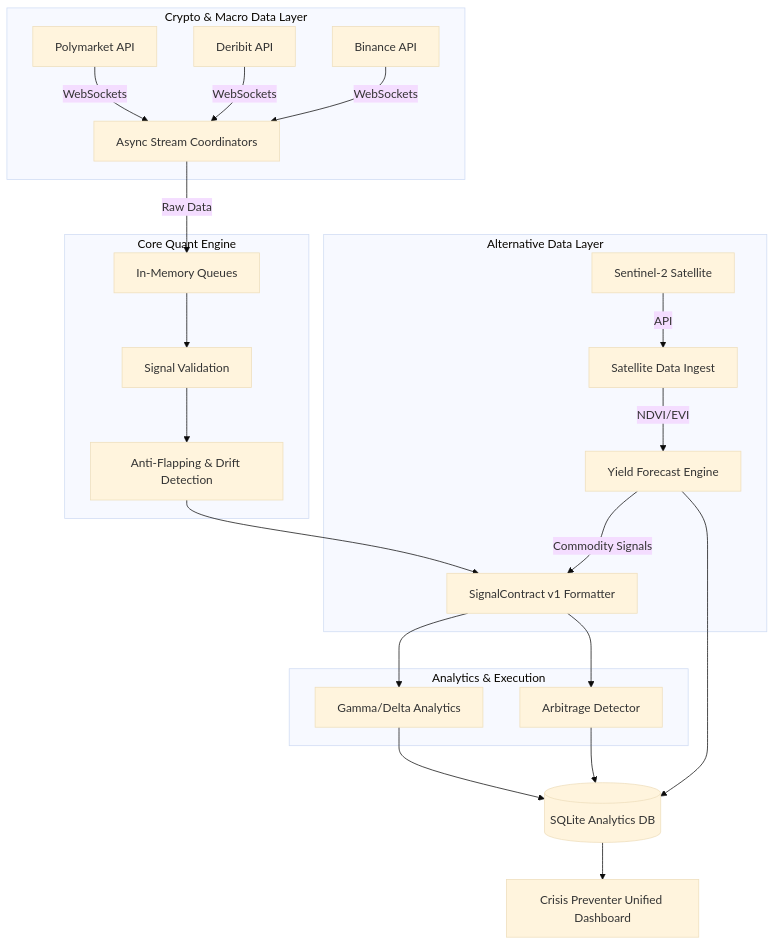
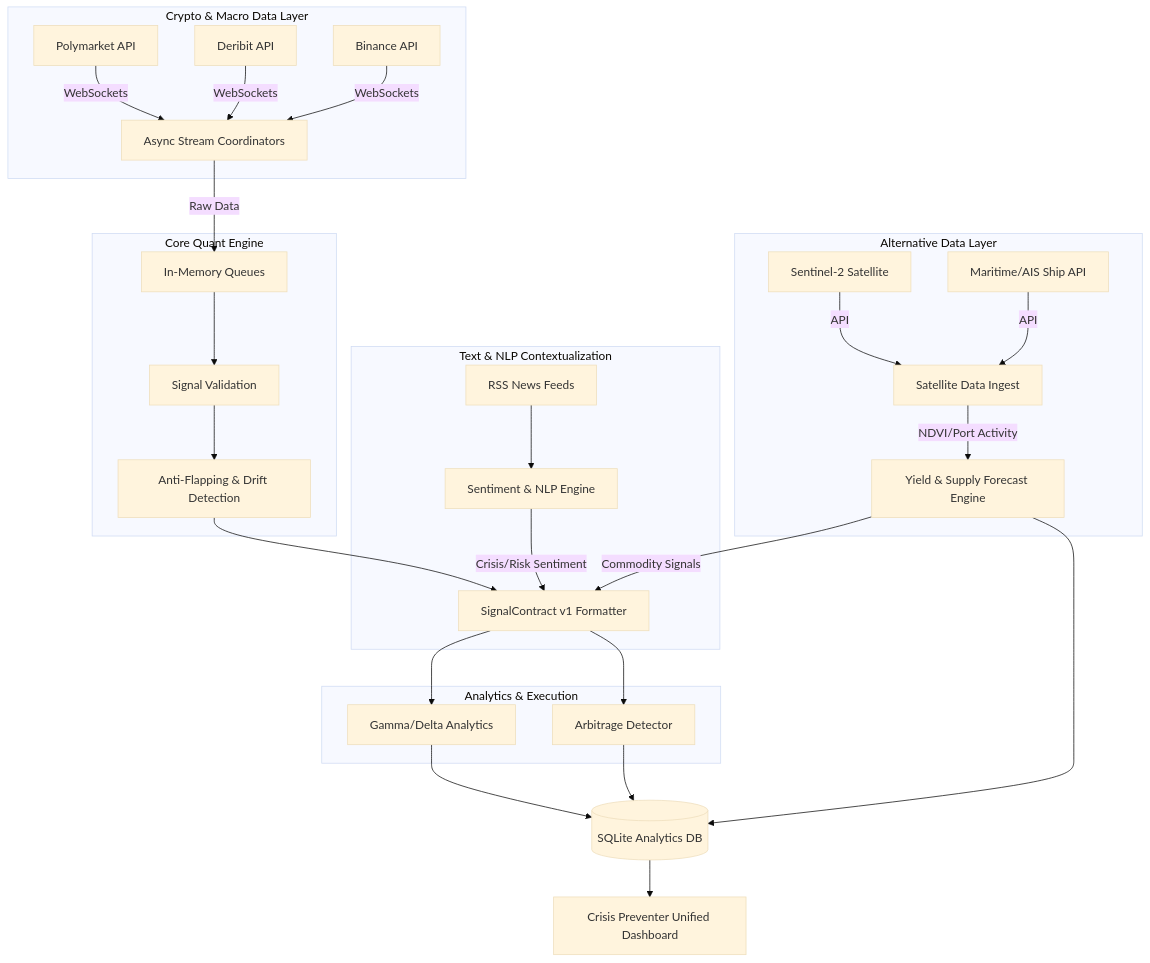
The diagram in README.md (TedeuszNorek/Crisis_Preventer), drawn with Mermaid (base theme) before and after one commit. The commit also changed other lines of this file, not shown here.

Commit message:
docs: add strategic and pitch visual assets

````diff
--- a/README.md
+++ b/README.md
@@ -55,33 +57,39 @@
 ```mermaid
 graph TD
+    subgraph Text & NLP Contextualization
+        RSS[RSS News Feeds] --> NLP[Sentiment & NLP Engine]
+        NLP -->|Crisis/Risk Sentiment| SC
+    end
+
     subgraph Alternative Data Layer
         S2[Sentinel-2 Satellite] -->|API| SI[Satellite Data Ingest]
-        SI -->|NDVI/EVI| YF[Yield Forecast Engine]
+        AIS[Maritime/AIS Ship API] -->|API| SI
+        SI -->|NDVI/Port Activity| YF[Yield & Supply Forecast Engine]
         YF -->|Commodity Signals| SC
     end
 
     subgraph High-Frequency Ingestion [Crypto & Macro Data Layer]
         P[Polymarket API] -->|WebSockets| WS
         D[Deribit API] -->|WebSockets| WS
         B[Binance API] -->|WebSockets| WS
     end
 
     WS[Async Stream Coordinators] -->|Raw Data| Q[In-Memory Queues]
 
     subgraph Core Quant Engine
         Q --> V[Signal Validation]
         V --> AF[Anti-Flapping & Drift Detection]
         AF --> SC[SignalContract v1 Formatter]
     end
 
     subgraph Analytics & Execution
         SC --> GA[Gamma/Delta Analytics]
         SC --> AR[Arbitrage Detector]
     end
 
     GA --> DB[(SQLite Analytics DB)]
     AR --> DB
     YF --> DB
     
     DB --> UI[Crisis Preventer Unified Dashboard]
 ```
````
